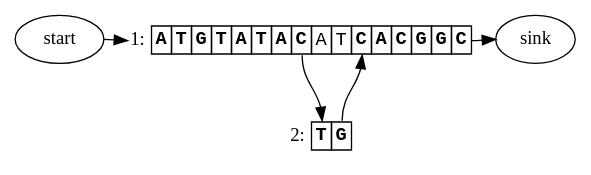
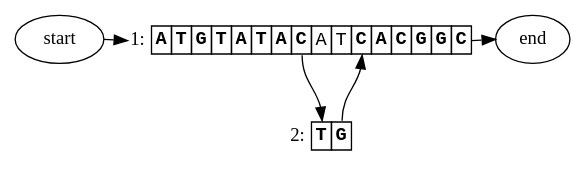
One commit to ginkgobioworks/gen changed the diagram in docs/figures/figure_1.dot. Above: the diagram before and after it, drawn with Graphviz. The commit also changed 4 other files, not shown here.

```diff
--- a/docs/figures/figure_1.dot
+++ b/docs/figures/figure_1.dot
@@ -1,34 +1,34 @@
 strict digraph "" {
 	graph [rankdir=TD,
 		splines=true
 	];
 	node [label="\N"];
 	source	[label=start];
 	1	[label=<<TABLE BORDER='0' CELLBORDER='1' CELLSPACING='0'><TR><TD BORDER='0' PORT='caption' ALIGN='right'>1:</TD><TD PORT='0'><FONT FACE='Courier New'><B>A</B></FONT></TD>
 <TD PORT='1'><FONT FACE='Courier New'><B>T</B></FONT></TD>
 <TD PORT='2'><FONT FACE='Courier New'><B>G</B></FONT></TD>
 <TD PORT='3'><FONT FACE='Courier New'><B>T</B></FONT></TD>
 <TD PORT='4'><FONT FACE='Courier New'><B>A</B></FONT></TD>
 <TD PORT='5'><FONT FACE='Courier New'><B>T</B></FONT></TD>
 <TD PORT='6'><FONT FACE='Courier New'><B>A</B></FONT></TD>
 <TD PORT='7'><FONT FACE='Courier New'><B>C</B></FONT></TD>
 <TD PORT='8'><FONT FACE='Courier New'>A</FONT></TD>
 <TD PORT='9'><FONT FACE='Courier New'>T</FONT></TD>
 <TD PORT='10'><FONT FACE='Courier New'><B>C</B></FONT></TD>
 <TD PORT='11'><FONT FACE='Courier New'><B>A</B></FONT></TD>
 <TD PORT='12'><FONT FACE='Courier New'><B>C</B></FONT></TD>
 <TD PORT='13'><FONT FACE='Courier New'><B>G</B></FONT></TD>
 <TD PORT='14'><FONT FACE='Courier New'><B>G</B></FONT></TD>
 <TD PORT='15'><FONT FACE='Courier New'><B>C</B></FONT></TD></TR></TABLE>>,
 		margin=0,
 		shape=none];
 	source:e -> 1:caption	[constraint=False];
 	2	[label=<<TABLE BORDER='0' CELLBORDER='1' CELLSPACING='0'><TR><TD BORDER='0' PORT='caption' ALIGN='right'>2:</TD><TD PORT='0'><FONT FACE='Courier New'><B>T</B></FONT></TD>
 <TD PORT='1'><FONT FACE='Courier New'><B>G</B></FONT></TD></TR></TABLE>>,
 		margin=0,
 		shape=none];
 	1:7 -> 2:0;
-	sink	[label=sink];
+	sink	[label=end];
 	1:15 -> sink:w	[constraint=False];
 	2:1 -> 1:10;
 }
```
